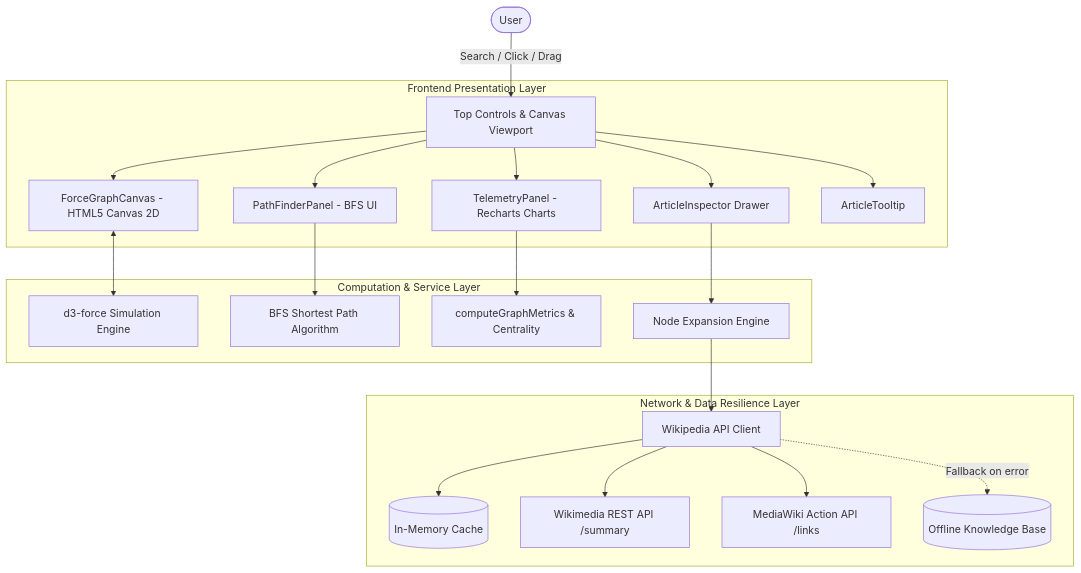
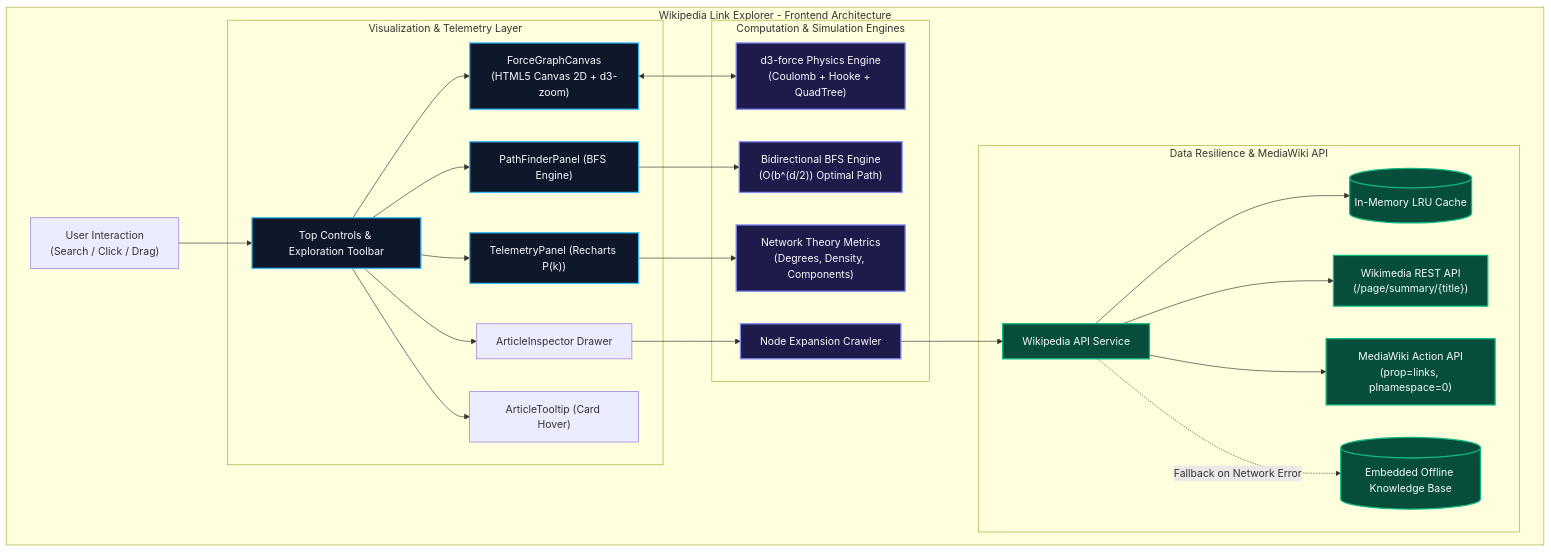
One commit to TheRollerBlader/wikipedia-link-explorer changed the diagram in README.md. Above: the diagram before and after it, drawn with Mermaid. The commit also changed other lines of this file and 10 other files, not shown here.

Commit message:
docs: add 3D hyperbolic knowledge graph simulation, topic clustering heatmap, and upgraded showcase README

````diff
--- a/README.md
+++ b/README.md
@@ -179,27 +249,36 @@
 ```mermaid
-graph TD
-    User([User]) -->|Search / Click / Drag| UI[Top Controls & Canvas Viewport]
-    
-    subgraph UI_Layer [Frontend Presentation Layer]
-        UI --> Canvas[ForceGraphCanvas - HTML5 Canvas 2D]
-        UI --> Inspector[ArticleInspector Drawer]
-        UI --> PathFinder[PathFinderPanel - BFS UI]
-        UI --> Telemetry[TelemetryPanel - Recharts Charts]
-        UI --> Tooltip[ArticleTooltip]
+flowchart TD
+    subgraph Client_App ["Wikipedia Link Explorer - Frontend Architecture"]
+        User["User Interaction<br/>(Search / Click / Drag)"] --> UI["Top Controls & Exploration Toolbar"]
+        
+        subgraph Viewport_Layer ["Visualization & Telemetry Layer"]
+            UI --> Canvas["ForceGraphCanvas<br/>(HTML5 Canvas 2D + d3-zoom)"]
+            UI --> Inspector["ArticleInspector Drawer"]
+            UI --> PathFinder["PathFinderPanel (BFS Engine)"]
+            UI --> Telemetry["TelemetryPanel (Recharts P(k))"]
+            UI --> Tooltip["ArticleTooltip (Card Hover)"]
+        end
+
+        subgraph Engine_Layer ["Computation & Simulation Engines"]
+            Canvas <--> D3Sim["d3-force Physics Engine<br/>(Coulomb + Hooke + QuadTree)"]
+            PathFinder --> BFS["Bidirectional BFS Engine<br/>(O(b^(d/2)) Optimal Path)"]
+            Telemetry --> Metrics["Network Theory Metrics<br/>(Degrees, Density, Components)"]
+            Inspector --> Expansion["Node Expansion Crawler"]
+        end
+
+        subgraph Service_Layer ["Data Resilience & MediaWiki API"]
+            Expansion --> WikiService["Wikipedia API Service"]
+            WikiService --> MemCache[("In-Memory LRU Cache")]
+            WikiService --> RestAPI["Wikimedia REST API<br/>(/page/summary/{title})"]
+            WikiService --> ActionAPI["MediaWiki Action API<br/>(prop=links, plnamespace=0)"]
+            WikiService -.->|"Fallback on Network Error"| OfflineDB[("Embedded Offline Knowledge Base")]
+        end
     end
 
-    subgraph Service_Layer [Computation & Service Layer]
-        Canvas <--> D3Sim[d3-force Simulation Engine]
-        PathFinder --> BFS[BFS Shortest Path Algorithm]
-        Telemetry --> Metrics[computeGraphMetrics & Centrality]
-        Inspector --> Expander[Node Expansion Engine]
-    end
-
-    subgraph Data_Layer [Network & Data Resilience Layer]
-        Expander --> WikiService[Wikipedia API Client]
-        WikiService --> MemCache[(In-Memory Cache)]
-        WikiService --> RestAPI[Wikimedia REST API /summary]
-        WikiService --> ActionAPI[MediaWiki Action API /links]
-        WikiService -.->|Fallback on error| OfflineDB[(Offline Knowledge Base)]
-    end
+    classDef highlight fill:#0f172a,stroke:#38bdf8,stroke-width:2px,color:#f8fafc;
+    classDef engine fill:#1e1b4b,stroke:#818cf8,stroke-width:2px,color:#f8fafc;
+    classDef data fill:#064e3b,stroke:#10b981,stroke-width:2px,color:#f8fafc;
+    class Canvas,UI,Telemetry,PathFinder highlight;
+    class D3Sim,BFS,Metrics,Expansion engine;
+    class WikiService,MemCache,RestAPI,ActionAPI,OfflineDB data;
 ```
````
